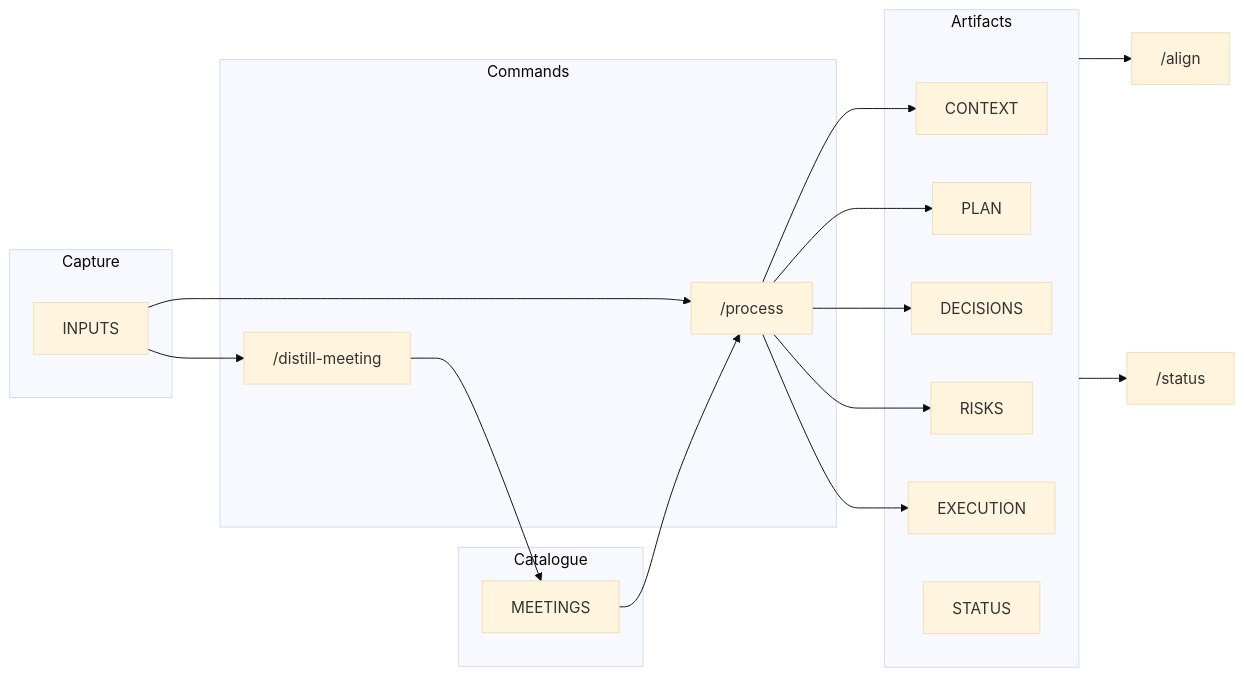
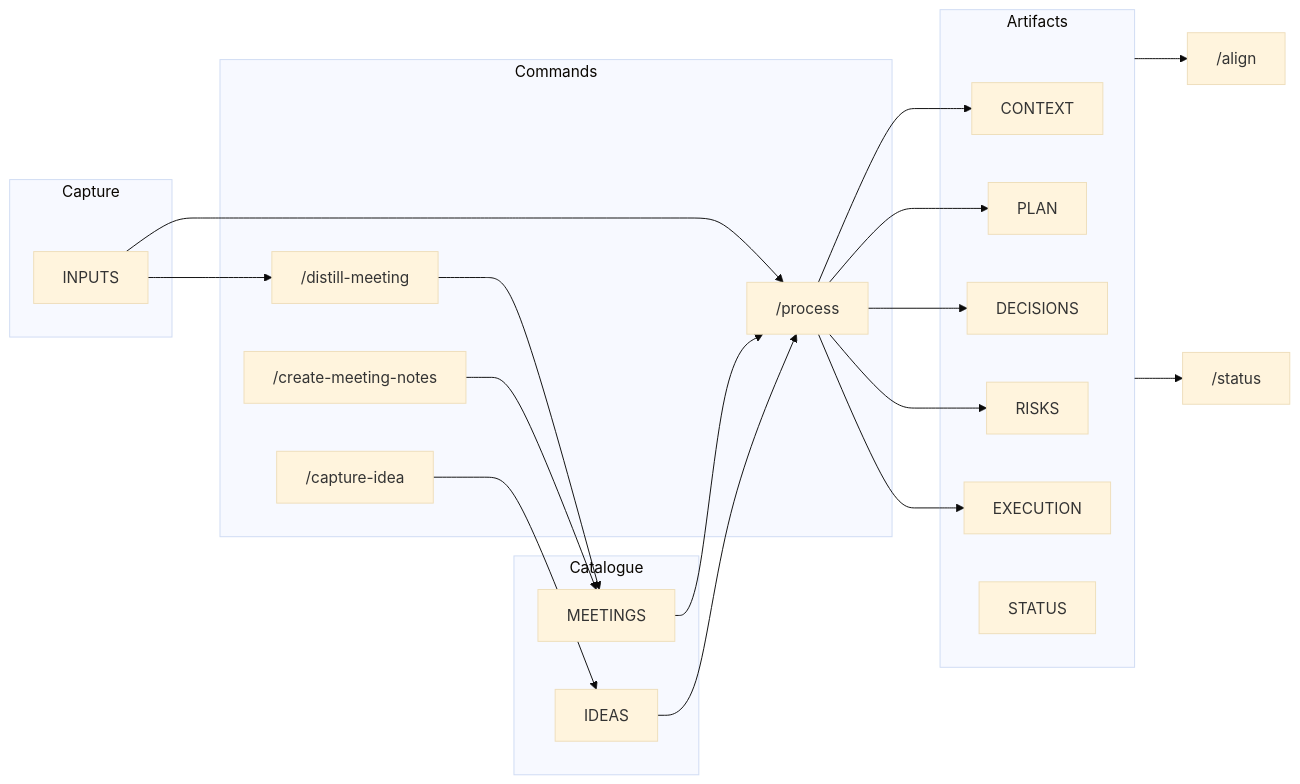
Before and after one commit to mpheyman/poais-core: the diagram in GETTING_STARTED.md, drawn with Mermaid (base theme). The commit also changed other lines of this file and 29 other files, not shown here.

````diff
--- a/GETTING_STARTED.md
+++ b/GETTING_STARTED.md
@@ -87,32 +66,38 @@
 ```mermaid
 flowchart LR
   subgraph capture [Capture]
     INPUTS[INPUTS]
   end
   subgraph commands [Commands]
     process["/process"]
     distillMeeting["/distill-meeting"]
+    createMeeting["/create-meeting-notes"]
+    captureIdea["/capture-idea"]
   end
   subgraph catalogue [Catalogue]
     MEETINGS[MEETINGS]
+    IDEAS[IDEAS]
   end
   subgraph artifacts [Artifacts]
     CONTEXT[CONTEXT]
     PLAN[PLAN]
     DECISIONS[DECISIONS]
     RISKS[RISKS]
     EXECUTION[EXECUTION]
     STATUS[STATUS]
   end
   INPUTS --> process
   INPUTS --> distillMeeting
   distillMeeting --> MEETINGS
+  createMeeting --> MEETINGS
+  captureIdea --> IDEAS
   MEETINGS --> process
+  IDEAS --> process
   process --> CONTEXT
   process --> PLAN
   process --> DECISIONS
   process --> RISKS
   process --> EXECUTION
   artifacts --> align["/align"]
   artifacts --> status["/status"]
 ```
````
